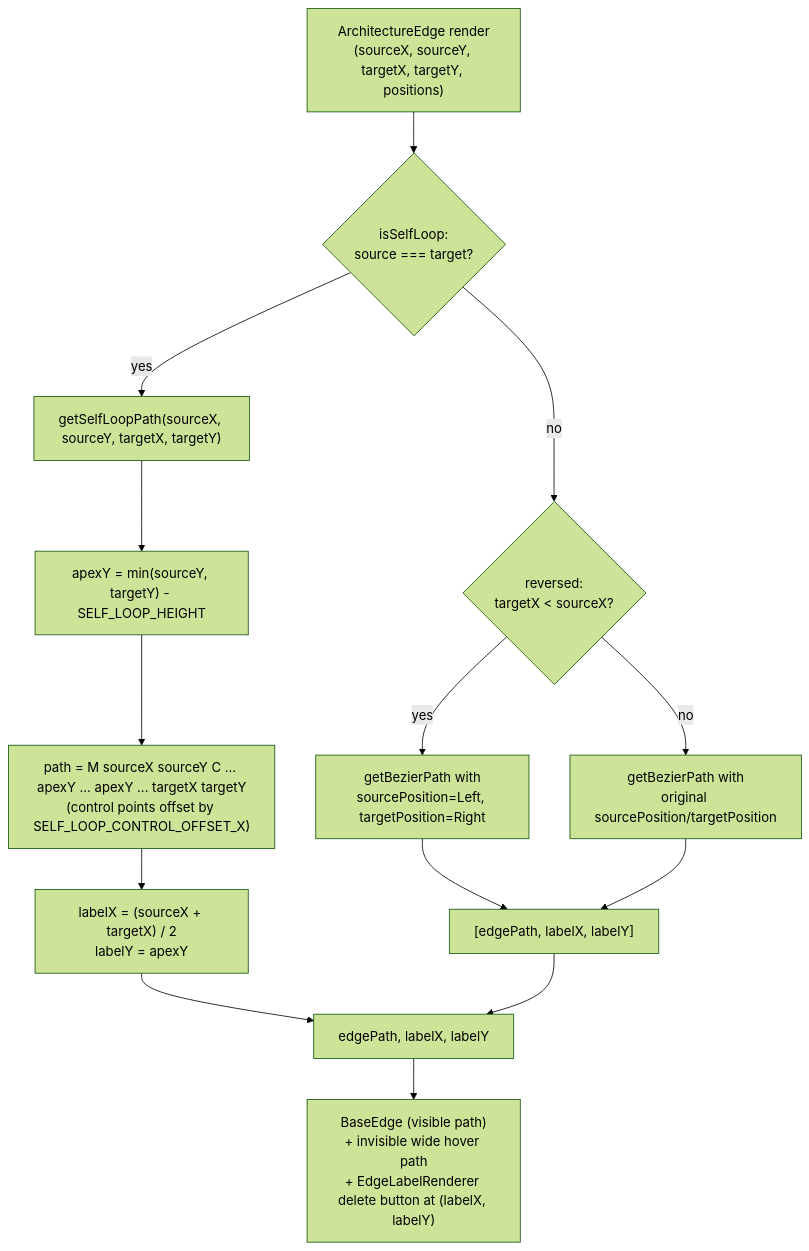
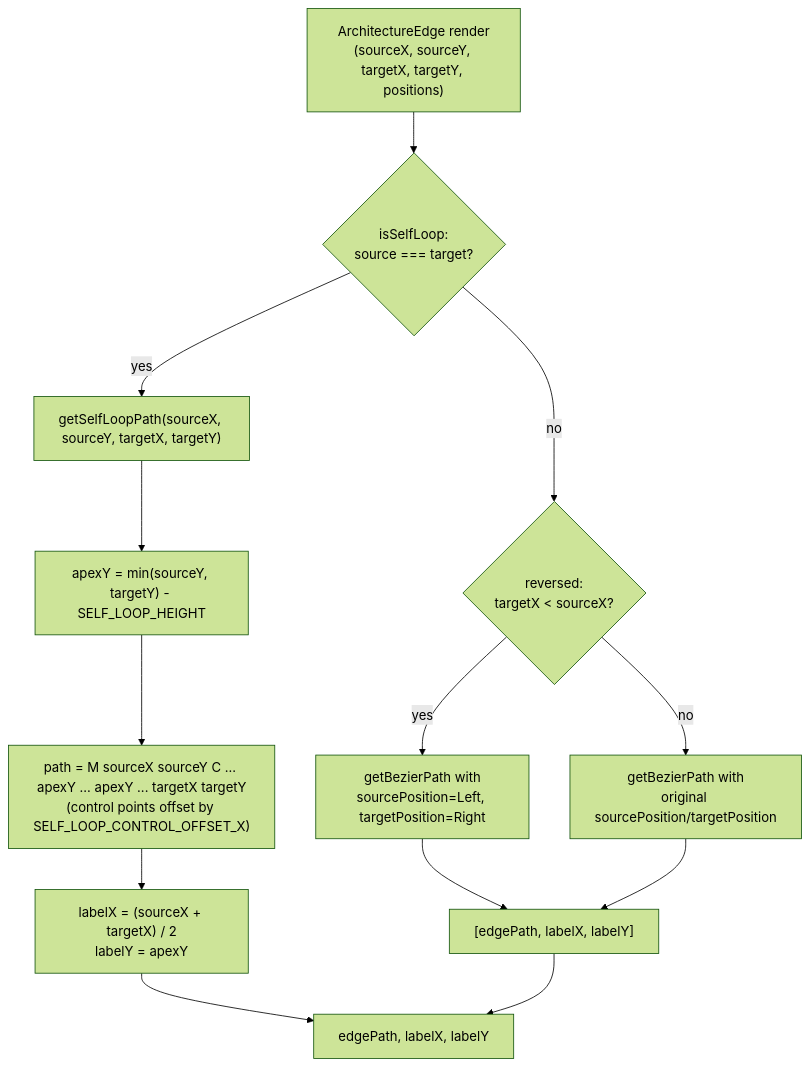
Before and after one commit to jgyy/architect-model: the first of 2 diagrams in docs/categories/custom-edge.md, drawn with Mermaid (forest theme). The commit also changed other lines of this file and 31 other files, not shown here.

Commit message:
docs: split mermaids into 2 for easier viewing (#52)

````diff
--- a/docs/categories/custom-edge.md
+++ b/docs/categories/custom-edge.md
@@ -16,19 +18,18 @@
 ```mermaid
 flowchart TD
     A["ArchitectureEdge render\n(sourceX, sourceY, targetX, targetY, positions)"] --> B{"isSelfLoop:\nsource === target?"}
 
     B -- yes --> C["getSelfLoopPath(sourceX, sourceY, targetX, targetY)"]
     C --> D["apexY = min(sourceY, targetY) - SELF_LOOP_HEIGHT"]
     D --> E["path = M sourceX sourceY C ... apexY ... apexY ... targetX targetY\n(control points offset by SELF_LOOP_CONTROL_OFFSET_X)"]
     E --> F["labelX = (sourceX + targetX) / 2\nlabelY = apexY"]
 
     B -- no --> G{"reversed:\ntargetX < sourceX?"}
     G -- yes --> H["getBezierPath with\nsourcePosition=Left, targetPosition=Right"]
     G -- no --> I["getBezierPath with\noriginal sourcePosition/targetPosition"]
     H --> J["[edgePath, labelX, labelY]"]
     I --> J
 
     F --> K["edgePath, labelX, labelY"]
     J --> K
-    K --> L["BaseEdge (visible path)\n+ invisible wide hover path\n+ EdgeLabelRenderer delete button at (labelX, labelY)"]
 ```
````
